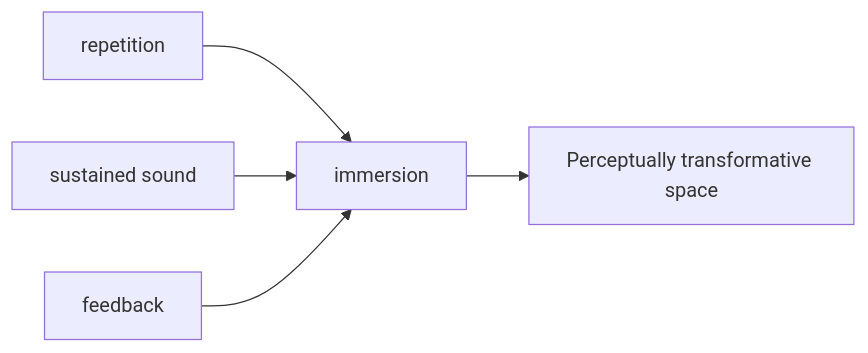
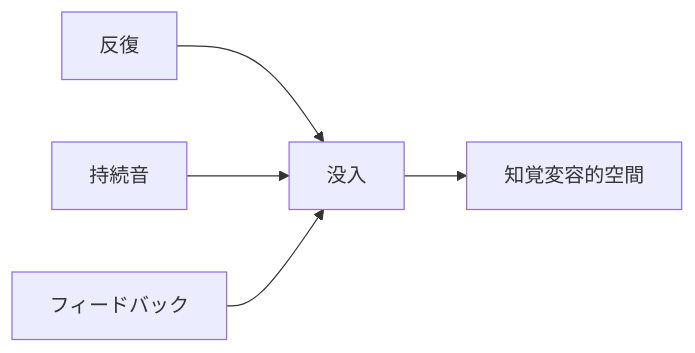
Before and after one commit to monumental-movement/monumental-movement.github.io: the third of 8 diagrams in en/_posts/2026-05-09-column-spacemen-3.md, drawn with Mermaid. The commit also changed other lines of this file and 2196 other files, not shown here.

```diff
--- a/en/_posts/2026-05-09-column-spacemen-3.md
+++ b/en/_posts/2026-05-09-column-spacemen-3.md
@@ -299,7 +299,7 @@
 <div class="mermaid">
 graph LR
-A["repetition"] --> D["immersion"]
-B["sustained sound"] --> D
-C["feedback"] --> D
-D --> E["Perceptually transformative space"]
+A["反復"] --> D["没入"]
+B["持続音"] --> D
+C["フィードバック"] --> D
+D --> E["知覚変容的空間"]
 </div>
```
